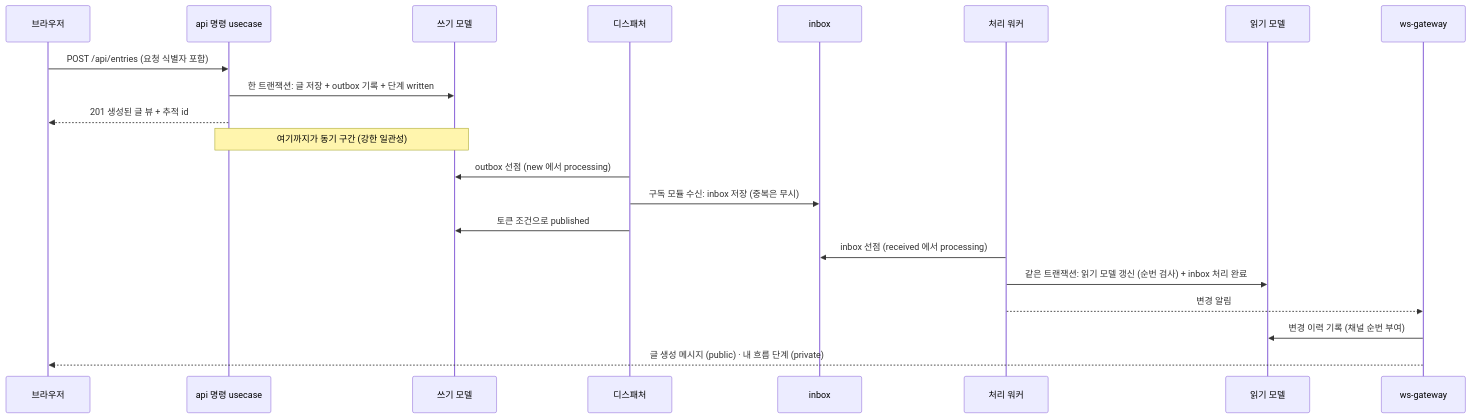
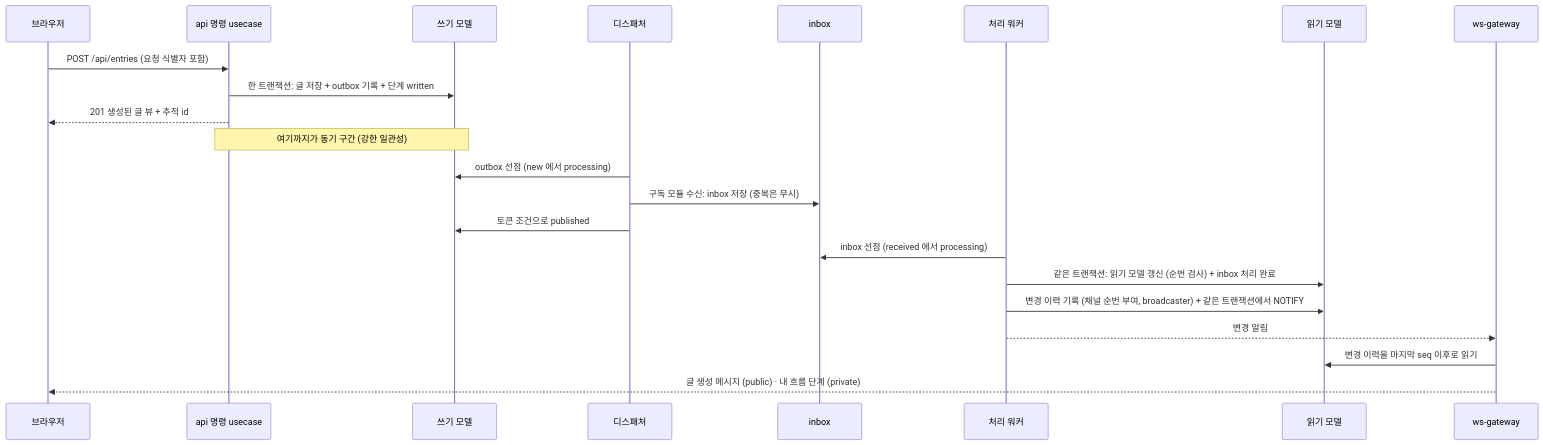
Before and after one commit to 1985jwlee/portpolio_backend: the second of 3 diagrams in docs/domains/architecture.md, drawn with Mermaid. The commit also changed other lines of this file and 27 other files, not shown here.

````diff
--- a/docs/domains/architecture.md
+++ b/docs/domains/architecture.md
@@ -158,24 +158,25 @@
 ```mermaid
 sequenceDiagram
     participant B as 브라우저
     participant A as api 명령 usecase
     participant D as 쓰기 모델
     participant P as 디스패처
     participant I as inbox
     participant W as 처리 워커
     participant R as 읽기 모델
     participant G as ws-gateway
 
     B->>A: POST /api/entries (요청 식별자 포함)
     A->>D: 한 트랜잭션: 글 저장 + outbox 기록 + 단계 written
     A-->>B: 201 생성된 글 뷰 + 추적 id
     Note over A,D: 여기까지가 동기 구간 (강한 일관성)
     P->>D: outbox 선점 (new 에서 processing)
     P->>I: 구독 모듈 수신: inbox 저장 (중복은 무시)
     P->>D: 토큰 조건으로 published
     W->>I: inbox 선점 (received 에서 processing)
     W->>R: 같은 트랜잭션: 읽기 모델 갱신 (순번 검사) + inbox 처리 완료
+    W->>R: 변경 이력 기록 (채널 순번 부여, broadcaster) + 같은 트랜잭션에서 NOTIFY
     W-->>G: 변경 알림
-    G->>R: 변경 이력 기록 (채널 순번 부여)
+    G->>R: 변경 이력을 마지막 seq 이후로 읽기
     G-->>B: 글 생성 메시지 (public) · 내 흐름 단계 (private)
 ```
````
